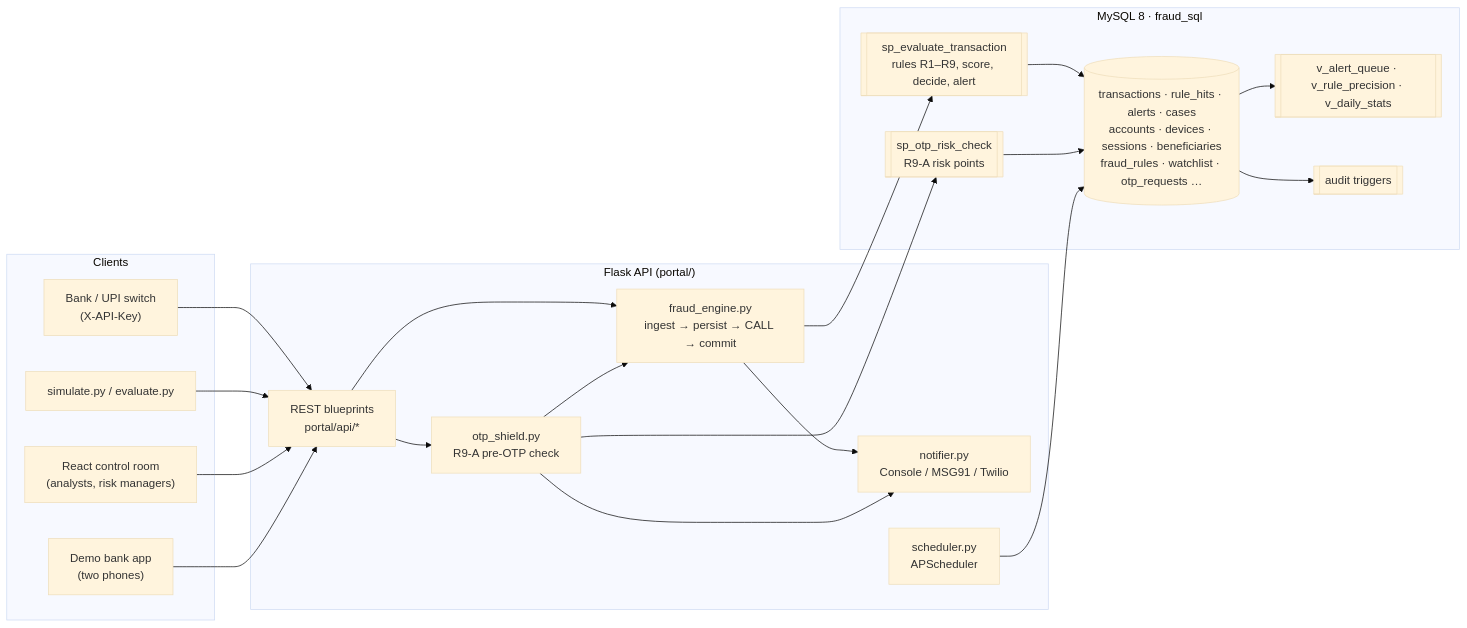
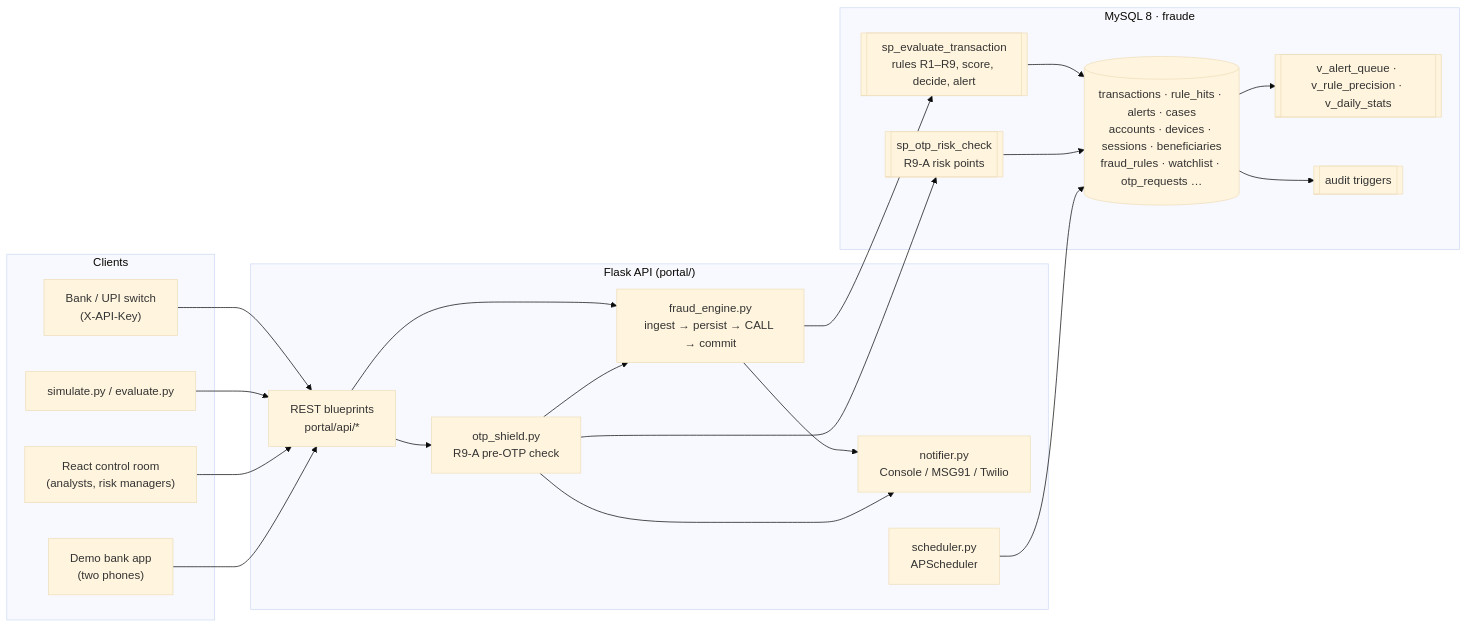
Before and after one commit to Gitechoutra/Fraud-detection: the first of 4 diagrams in backend/docs/ARCHITECTURE.md, drawn with Mermaid (base theme). The commit also changed 8 other files, not shown here.

````diff
--- a/backend/docs/ARCHITECTURE.md
+++ b/backend/docs/ARCHITECTURE.md
@@ -5,40 +5,40 @@
 ```mermaid
 flowchart LR
     subgraph Clients
         Bank["Bank / UPI switch<br/>(X-API-Key)"]
         Sim["simulate.py / evaluate.py"]
         UI["React control room<br/>(analysts, risk managers)"]
         Phones["Demo bank app<br/>(two phones)"]
     end
 
     subgraph Flask["Flask API (portal/)"]
         API["REST blueprints<br/>portal/api/*"]
         Engine["fraud_engine.py<br/>ingest → persist → CALL → commit"]
         Shield["otp_shield.py<br/>R9-A pre-OTP check"]
         Notifier["notifier.py<br/>Console / MSG91 / Twilio"]
         Sched["scheduler.py<br/>APScheduler"]
     end
 
-    subgraph MySQL["MySQL 8 · fraud_sql"]
+    subgraph MySQL["MySQL 8 · fraude"]
         SP1[["sp_evaluate_transaction<br/>rules R1–R9, score, decide, alert"]]
         SP2[["sp_otp_risk_check<br/>R9-A risk points"]]
         Tables[("transactions · rule_hits · alerts · cases<br/>accounts · devices · sessions · beneficiaries<br/>fraud_rules · watchlist · otp_requests …")]
         Views[["v_alert_queue · v_rule_precision · v_daily_stats"]]
         Trg[["audit triggers"]]
     end
 
     Bank --> API
     Sim --> API
     UI --> API
     Phones --> API
     API --> Engine --> SP1
     API --> Shield --> SP2
     Shield --> Engine
     Engine --> Notifier
     Shield --> Notifier
     SP1 --> Tables
     SP2 --> Tables
     Tables --> Views
     Tables --> Trg
     Sched --> Tables
 ```
````
